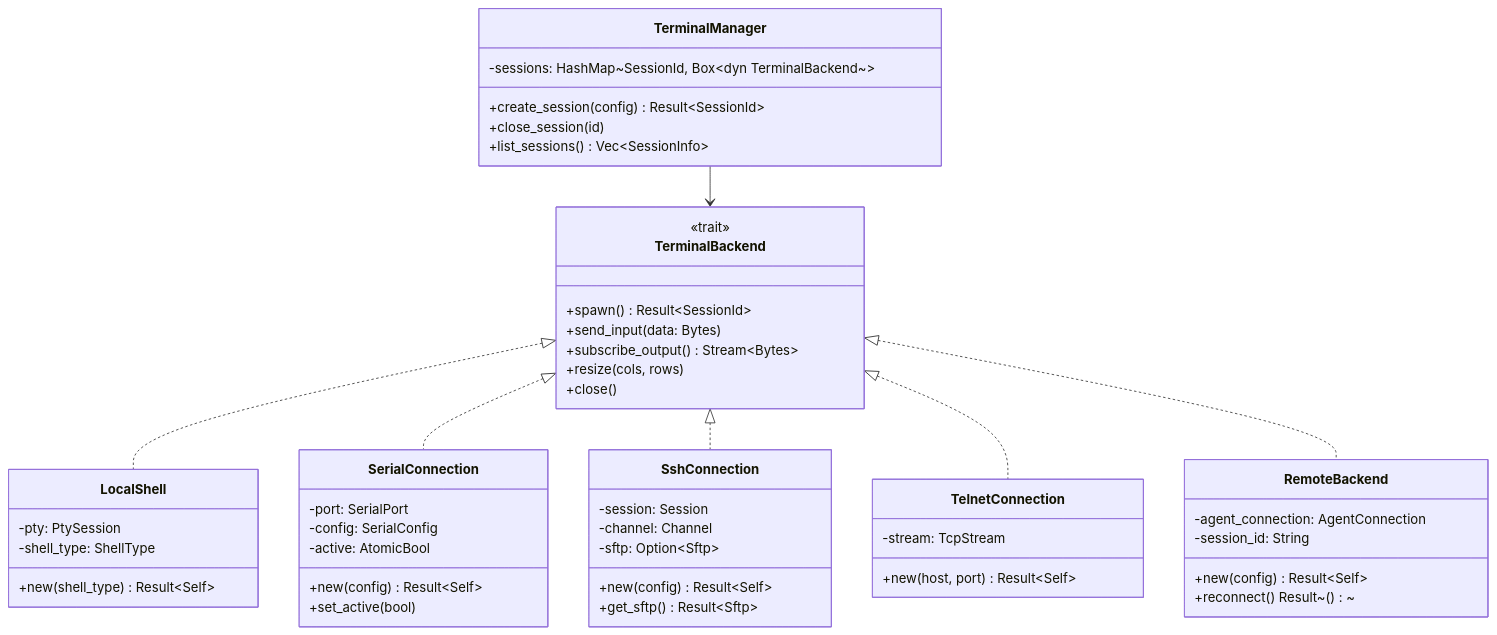
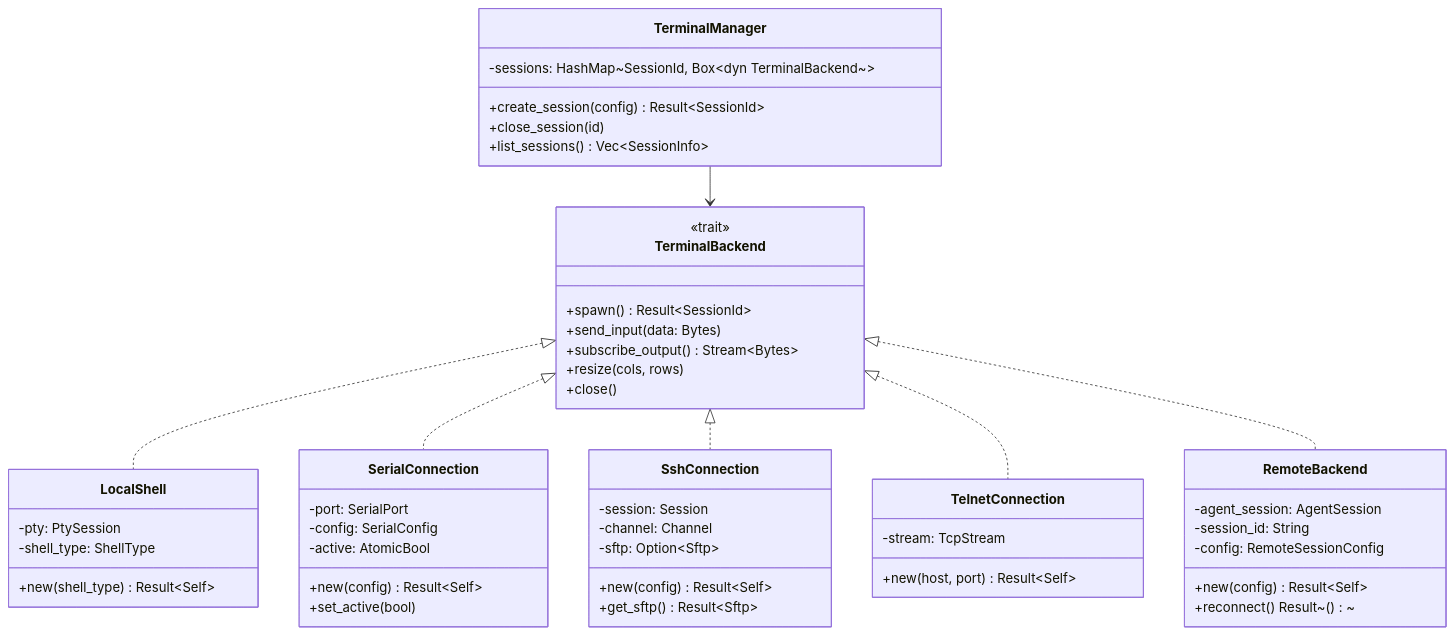
Before and after one commit to armaxri/termiHub: the sixth of 17 diagrams in docs/architecture.md, drawn with Mermaid. The commit also changed other lines of this file, not shown here.

First line of the commit message:
docs(architecture): consolidate agent phase docs into main architecture

````diff
--- a/docs/architecture.md
+++ b/docs/architecture.md
@@ -296,60 +343,61 @@
 ```mermaid
 classDiagram
     class TerminalBackend {
         <<trait>>
         +spawn() Result~SessionId~
         +send_input(data: Bytes)
         +subscribe_output() Stream~Bytes~
         +resize(cols, rows)
         +close()
     }
 
     class LocalShell {
         -pty: PtySession
         -shell_type: ShellType
         +new(shell_type) Result~Self~
     }
 
     class SerialConnection {
         -port: SerialPort
         -config: SerialConfig
         -active: AtomicBool
         +new(config) Result~Self~
         +set_active(bool)
     }
 
     class SshConnection {
         -session: Session
         -channel: Channel
         -sftp: Option~Sftp~
         +new(config) Result~Self~
         +get_sftp() Result~Sftp~
     }
 
     class TelnetConnection {
         -stream: TcpStream
         +new(host, port) Result~Self~
     }
 
     class RemoteBackend {
-        -agent_connection: AgentConnection
+        -agent_session: AgentSession
         -session_id: String
+        -config: RemoteSessionConfig
         +new(config) Result~Self~
         +reconnect() Result~()~
     }
 
     TerminalBackend <|.. LocalShell
     TerminalBackend <|.. SerialConnection
     TerminalBackend <|.. SshConnection
     TerminalBackend <|.. TelnetConnection
     TerminalBackend <|.. RemoteBackend
 
     class TerminalManager {
         -sessions: HashMap~SessionId, Box~dyn TerminalBackend~~
         +create_session(config) Result~SessionId~
         +close_session(id)
         +list_sessions() Vec~SessionInfo~
     }
 
     TerminalManager --> TerminalBackend
 ```
````
